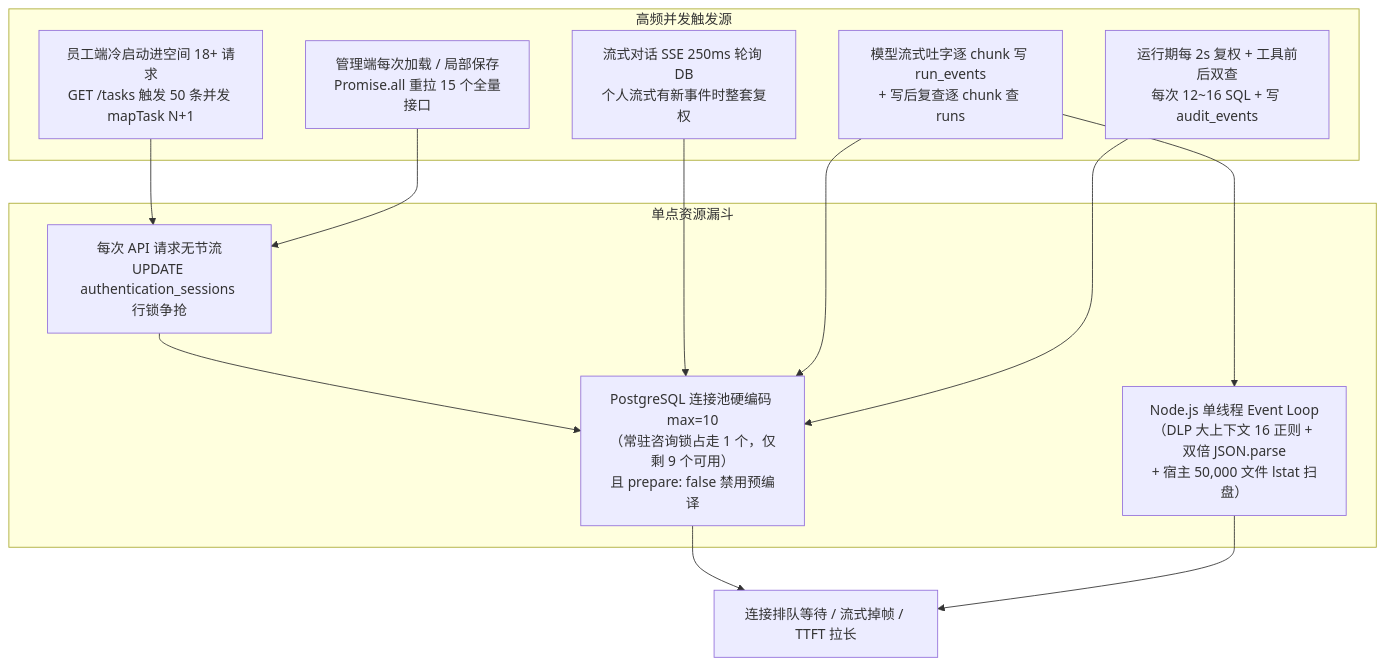
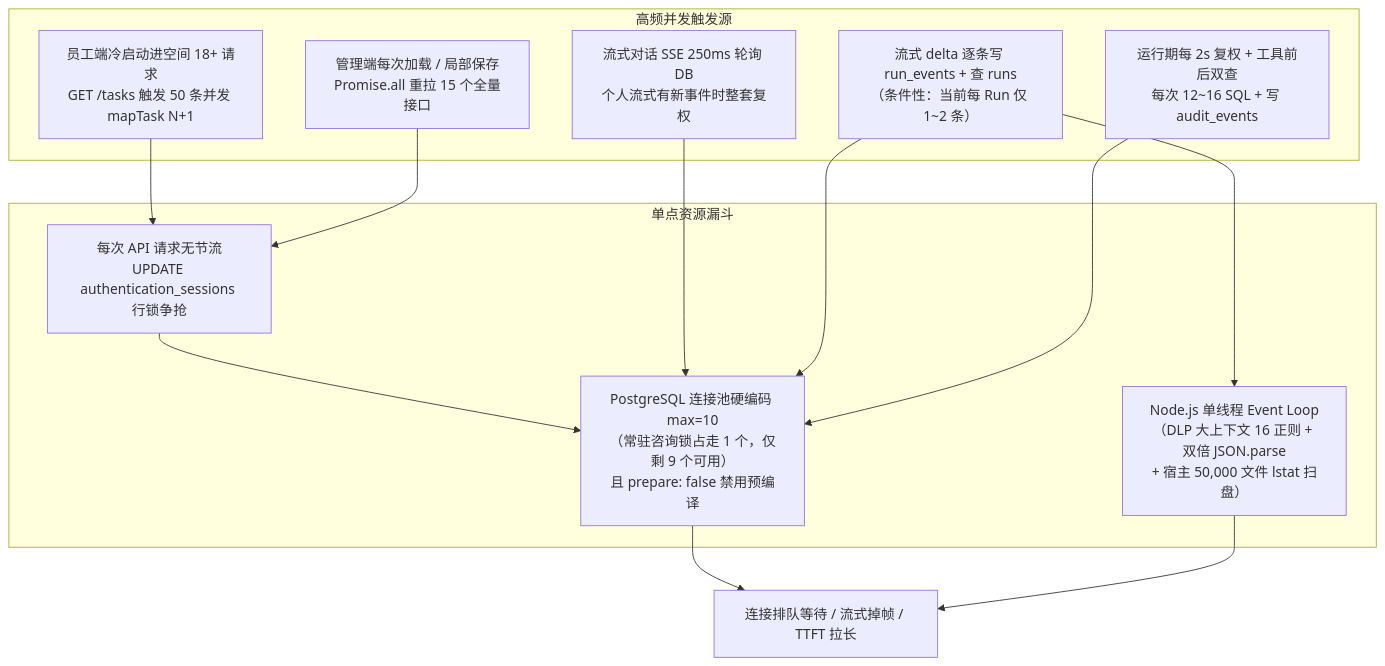
Before and after one commit to tonycc/dsh-work: the diagram in docs/design/architecture-and-performance-audit.md, drawn with Mermaid. The commit also changed other lines of this file and 1 other file, not shown here.

````diff
--- a/docs/design/architecture-and-performance-audit.md
+++ b/docs/design/architecture-and-performance-audit.md
@@ -33,26 +35,26 @@
 ```mermaid
 flowchart TD
   subgraph Trigger["高频并发触发源"]
     A1["员工端冷启动进空间 18+ 请求<br/>GET /tasks 触发 50 条并发 mapTask N+1"]
     A2["管理端每次加载 / 局部保存<br/>Promise.all 重拉 15 个全量接口"]
     A3["流式对话 SSE 250ms 轮询 DB<br/>个人流式有新事件时整套复权"]
-    A4["模型流式吐字逐 chunk 写 run_events<br/>+ 写后复查逐 chunk 查 runs"]
+    A4["流式 delta 逐条写 run_events + 查 runs<br/>（条件性：当前每 Run 仅 1~2 条）"]
     A5["运行期每 2s 复权 + 工具前后双查<br/>每次 12~16 SQL + 写 audit_events"]
   end
 
   subgraph Bottleneck["单点资源漏斗"]
     B1["每次 API 请求无节流<br/>UPDATE authentication_sessions 行锁争抢"]
     B2["PostgreSQL 连接池硬编码 max=10<br/>（常驻咨询锁占走 1 个，仅剩 9 个可用）<br/>且 prepare: false 禁用预编译"]
     B3["Node.js 单线程 Event Loop<br/>（DLP 大上下文 16 正则 + 双倍 JSON.parse<br/>+ 宿主 50,000 文件 lstat 扫盘）"]
   end
 
   A1 --> B1
   A2 --> B1
   B1 --> B2
   A3 --> B2
   A4 --> B2
   A5 --> B2
   A4 --> B3
   B2 --> C["连接排队等待 / 流式掉帧 / TTFT 拉长"]
   B3 --> C
 ```
````
